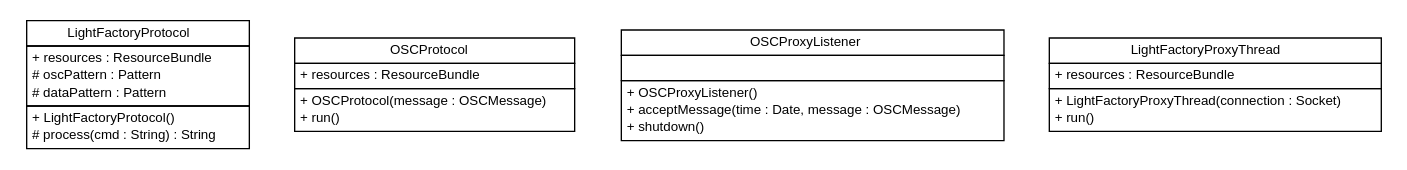
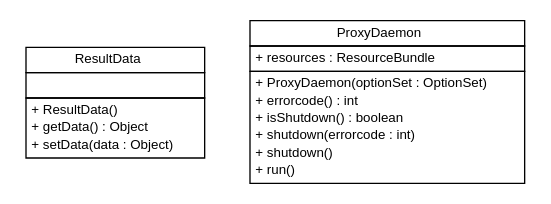
Before and after one commit to pcross616/lf-osc-proxy: the diagram in apidocs/com/xley/lfosc/impl/com.xley.lfosc.impl.dot, drawn with Graphviz. The commit also changed 292 other files, not shown here.

```diff
--- a/apidocs/com/xley/lfosc/impl/com.xley.lfosc.impl.dot
+++ b/apidocs/com/xley/lfosc/impl/com.xley.lfosc.impl.dot
@@ -1,67 +1,43 @@
 #!/usr/local/bin/dot
 #
 # Class diagram 
 # Generated by UMLGraph version R5_6 (http://www.umlgraph.org/)
 #
 
 digraph G {
 	edge [fontname="Helvetica",fontsize=10,labelfontname="Helvetica",labelfontsize=10];
 	node [fontname="Helvetica",fontsize=10,shape=plaintext];
 	nodesep=0.25;
 	ranksep=0.5;
-	// com.xley.lfosc.impl.LightFactoryProtocol
-	c17 [label=<<table title="com.xley.lfosc.impl.LightFactoryProtocol" border="0" cellborder="1" cellspacing="0" cellpadding="2" port="p" href="./LightFactoryProtocol.html">
+	// com.xley.lfosc.impl.ResultData
+	c0 [label=<<table title="com.xley.lfosc.impl.ResultData" border="0" cellborder="1" cellspacing="0" cellpadding="2" port="p" href="./ResultData.html">
 		<tr><td><table border="0" cellspacing="0" cellpadding="1">
-<tr><td align="center" balign="center"> LightFactoryProtocol </td></tr>
+<tr><td align="center" balign="center"> ResultData </td></tr>
 		</table></td></tr>
 		<tr><td><table border="0" cellspacing="0" cellpadding="1">
-<tr><td align="left" balign="left"> + resources : ResourceBundle </td></tr>
-<tr><td align="left" balign="left"> # oscPattern : Pattern </td></tr>
-<tr><td align="left" balign="left"> # dataPattern : Pattern </td></tr>
+<tr><td align="left" balign="left">  </td></tr>
 		</table></td></tr>
 		<tr><td><table border="0" cellspacing="0" cellpadding="1">
-<tr><td align="left" balign="left"> + LightFactoryProtocol() </td></tr>
-<tr><td align="left" balign="left"> # process(cmd : String) : String </td></tr>
+<tr><td align="left" balign="left"> + ResultData() </td></tr>
+<tr><td align="left" balign="left"> + getData() : Object </td></tr>
+<tr><td align="left" balign="left"> + setData(data : Object) </td></tr>
 		</table></td></tr>
-		</table>>, URL="./LightFactoryProtocol.html", fontname="Helvetica", fontcolor="black", fontsize=10.0];
-	// com.xley.lfosc.impl.OSCProtocol
-	c18 [label=<<table title="com.xley.lfosc.impl.OSCProtocol" border="0" cellborder="1" cellspacing="0" cellpadding="2" port="p" href="./OSCProtocol.html">
+		</table>>, URL="./ResultData.html", fontname="Helvetica", fontcolor="black", fontsize=10.0];
+	// com.xley.lfosc.impl.ProxyDaemon
+	c1 [label=<<table title="com.xley.lfosc.impl.ProxyDaemon" border="0" cellborder="1" cellspacing="0" cellpadding="2" port="p" href="./ProxyDaemon.html">
 		<tr><td><table border="0" cellspacing="0" cellpadding="1">
-<tr><td align="center" balign="center"> OSCProtocol </td></tr>
+<tr><td align="center" balign="center"> ProxyDaemon </td></tr>
 		</table></td></tr>
 		<tr><td><table border="0" cellspacing="0" cellpadding="1">
 <tr><td align="left" balign="left"> + resources : ResourceBundle </td></tr>
 		</table></td></tr>
 		<tr><td><table border="0" cellspacing="0" cellpadding="1">
-<tr><td align="left" balign="left"> + OSCProtocol(message : OSCMessage) </td></tr>
+<tr><td align="left" balign="left"> + ProxyDaemon(optionSet : OptionSet) </td></tr>
+<tr><td align="left" balign="left"> + errorcode() : int </td></tr>
+<tr><td align="left" balign="left"> + isShutdown() : boolean </td></tr>
+<tr><td align="left" balign="left"> + shutdown(errorcode : int) </td></tr>
+<tr><td align="left" balign="left"> + shutdown() </td></tr>
 <tr><td align="left" balign="left"> + run() </td></tr>
 		</table></td></tr>
-		</table>>, URL="./OSCProtocol.html", fontname="Helvetica", fontcolor="black", fontsize=10.0];
-	// com.xley.lfosc.impl.OSCProxyListener
-	c19 [label=<<table title="com.xley.lfosc.impl.OSCProxyListener" border="0" cellborder="1" cellspacing="0" cellpadding="2" port="p" href="./OSCProxyListener.html">
-		<tr><td><table border="0" cellspacing="0" cellpadding="1">
-<tr><td align="center" balign="center"> OSCProxyListener </td></tr>
-		</table></td></tr>
-		<tr><td><table border="0" cellspacing="0" cellpadding="1">
-<tr><td align="left" balign="left">  </td></tr>
-		</table></td></tr>
-		<tr><td><table border="0" cellspacing="0" cellpadding="1">
-<tr><td align="left" balign="left"> + OSCProxyListener() </td></tr>
-<tr><td align="left" balign="left"> + acceptMessage(time : Date, message : OSCMessage) </td></tr>
-<tr><td align="left" balign="left"> + shutdown() </td></tr>
-		</table></td></tr>
-		</table>>, URL="./OSCProxyListener.html", fontname="Helvetica", fontcolor="black", fontsize=10.0];
-	// com.xley.lfosc.impl.LightFactoryProxyThread
-	c20 [label=<<table title="com.xley.lfosc.impl.LightFactoryProxyThread" border="0" cellborder="1" cellspacing="0" cellpadding="2" port="p" href="./LightFactoryProxyThread.html">
-		<tr><td><table border="0" cellspacing="0" cellpadding="1">
-<tr><td align="center" balign="center"> LightFactoryProxyThread </td></tr>
-		</table></td></tr>
-		<tr><td><table border="0" cellspacing="0" cellpadding="1">
-<tr><td align="left" balign="left"> + resources : ResourceBundle </td></tr>
-		</table></td></tr>
-		<tr><td><table border="0" cellspacing="0" cellpadding="1">
-<tr><td align="left" balign="left"> + LightFactoryProxyThread(connection : Socket) </td></tr>
-<tr><td align="left" balign="left"> + run() </td></tr>
-		</table></td></tr>
-		</table>>, URL="./LightFactoryProxyThread.html", fontname="Helvetica", fontcolor="black", fontsize=10.0];
+		</table>>, URL="./ProxyDaemon.html", fontname="Helvetica", fontcolor="black", fontsize=10.0];
 }
```
